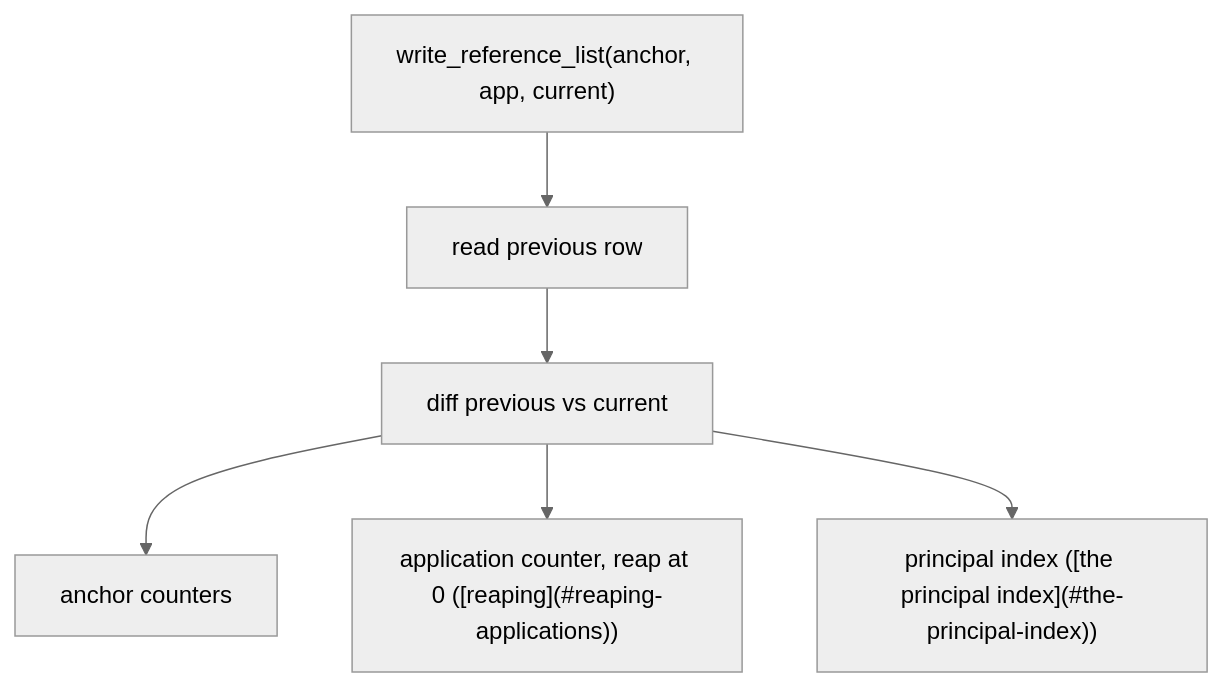
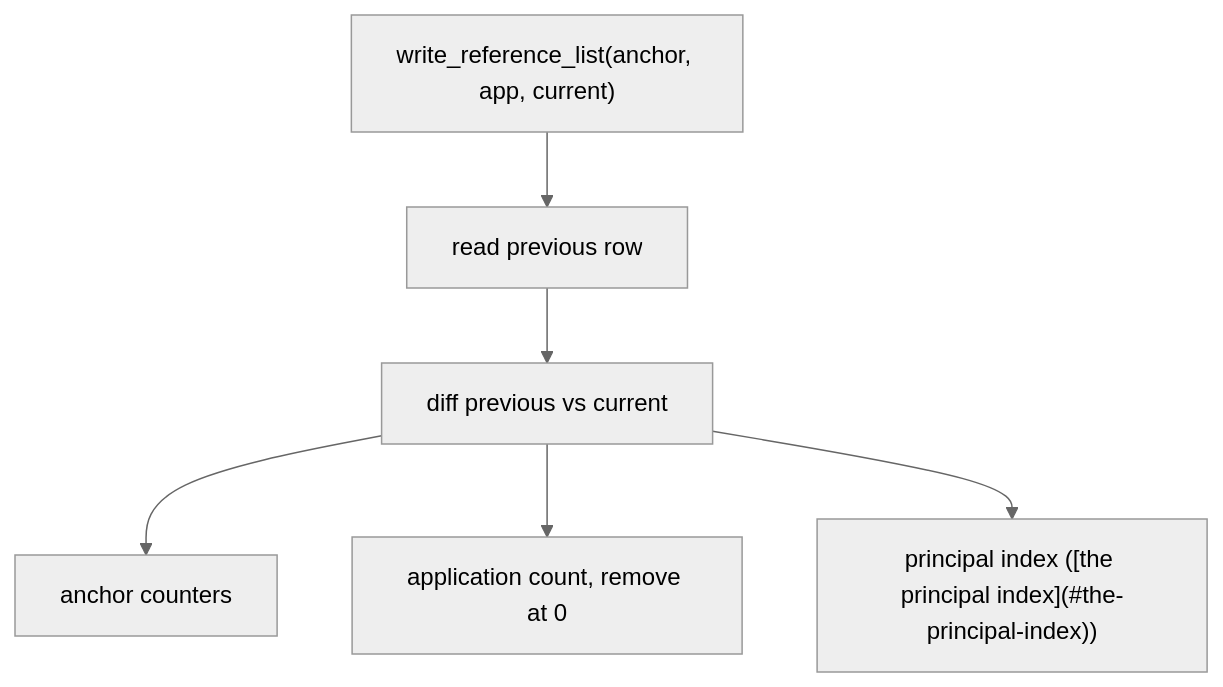
The third of 5 diagrams in docs/ongoing/tracked-default-accounts-spec.md (dfinity/internet-identity), drawn with Mermaid (neutral theme) before and after one commit. The commit also changed other lines of this file, not shown here.

````diff
--- a/docs/ongoing/tracked-default-accounts-spec.md
+++ b/docs/ongoing/tracked-default-accounts-spec.md
@@ -161,8 +161,8 @@
 ```mermaid
 flowchart TD
     A["write_reference_list(anchor, app, current)"] --> B[read previous row]
     B --> C[diff previous vs current]
     C --> D[anchor counters]
-    C --> E["application counter, reap at 0 ([reaping](#reaping-applications))"]
+    C --> E["application count, remove at 0"]
     C --> F["principal index ([the principal index](#the-principal-index))"]
 ```
````
